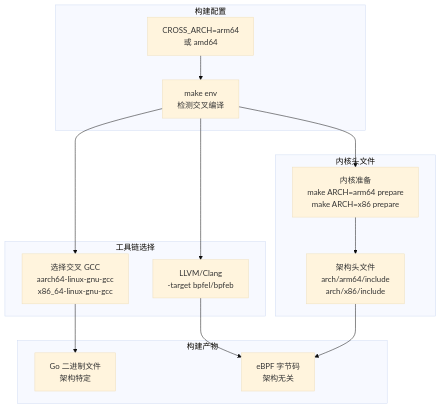
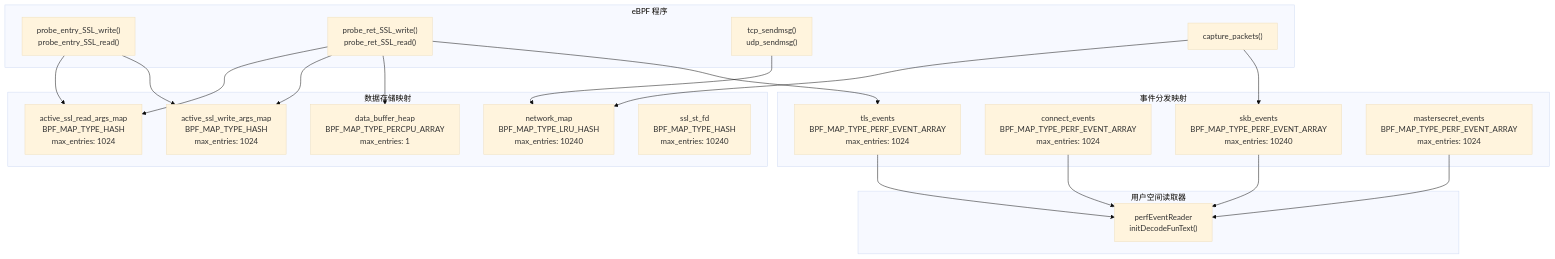
Before and after one commit to gojue/ecapture.cc: the eighth of 11 diagrams in src/zh/2-architecture/2.1-ebpf-engine.md, drawn with Mermaid (base theme). The commit also changed other lines of this file and 70 other files, not shown here.

Commit message:
feat: update sidebar and navigation links for architecture and shell command auditing sections

````diff
--- a/src/zh/2-architecture/2.1-ebpf-engine.md
+++ b/src/zh/2-architecture/2.1-ebpf-engine.md
@@ -673,32 +433,44 @@
 ```mermaid
 graph TB
-    subgraph "构建配置"
-        CROSS_VAR["CROSS_ARCH=arm64<br/>或 amd64"]
-        MAKE_ENV["make env<br/>检测交叉编译"]
+    subgraph "事件分发映射"
+        TlsEvents["tls_events<br/>BPF_MAP_TYPE_PERF_EVENT_ARRAY<br/>max_entries: 1024"]
+        ConnEvents["connect_events<br/>BPF_MAP_TYPE_PERF_EVENT_ARRAY<br/>max_entries: 1024"]
+        SkbEvents["skb_events<br/>BPF_MAP_TYPE_PERF_EVENT_ARRAY<br/>max_entries: 10240"]
+        MasterkeyEvents["mastersecret_events<br/>BPF_MAP_TYPE_PERF_EVENT_ARRAY<br/>max_entries: 1024"]
     end
     
-    subgraph "工具链选择"
-        GCC_SELECT["选择交叉 GCC<br/>aarch64-linux-gnu-gcc<br/>x86_64-linux-gnu-gcc"]
-        CLANG["LLVM/Clang<br/>-target bpfel/bpfeb"]
+    subgraph "数据存储映射"
+        ActiveSSLReadMap["active_ssl_read_args_map<br/>BPF_MAP_TYPE_HASH<br/>max_entries: 1024"]
+        ActiveSSLWriteMap["active_ssl_write_args_map<br/>BPF_MAP_TYPE_HASH<br/>max_entries: 1024"]
+        NetworkMap["network_map<br/>BPF_MAP_TYPE_LRU_HASH<br/>max_entries: 10240"]
+        DataBufferHeap["data_buffer_heap<br/>BPF_MAP_TYPE_PERCPU_ARRAY<br/>max_entries: 1"]
+        SslStFd["ssl_st_fd<br/>BPF_MAP_TYPE_HASH<br/>max_entries: 10240"]
     end
     
-    subgraph "内核头文件"
-        KERN_PREP["内核准备<br/>make ARCH=arm64 prepare<br/>make ARCH=x86 prepare"]
-        HEADERS["架构头文件<br/>arch/arm64/include<br/>arch/x86/include"]
+    subgraph "用户空间读取器"
+        PerfReader["perfEventReader<br/>initDecodeFunText()"]
     end
     
-    subgraph "构建产物"
-        EBPF["eBPF 字节码<br/>架构无关"]
-        BINARY["Go 二进制文件<br/>架构特定"]
+    subgraph "eBPF 程序"
+        ProbeEntrySSL["probe_entry_SSL_write()<br/>probe_entry_SSL_read()"]
+        ProbeRetSSL["probe_ret_SSL_write()<br/>probe_ret_SSL_read()"]
+        TcpSendmsg["tcp_sendmsg()<br/>udp_sendmsg()"]
+        CapturePackets["capture_packets()"]
     end
     
-    CROSS_VAR --> MAKE_ENV
-    MAKE_ENV --> GCC_SELECT
-    MAKE_ENV --> CLANG
-    MAKE_ENV --> KERN_PREP
+    ProbeEntrySSL --> ActiveSSLReadMap
+    ProbeEntrySSL --> ActiveSSLWriteMap
+    ProbeRetSSL --> ActiveSSLReadMap
+    ProbeRetSSL --> ActiveSSLWriteMap
+    ProbeRetSSL --> DataBufferHeap
+    ProbeRetSSL --> TlsEvents
     
-    KERN_PREP --> HEADERS
-    GCC_SELECT --> BINARY
-    CLANG --> EBPF
-    HEADERS --> EBPF
+    TcpSendmsg --> NetworkMap
+    CapturePackets --> NetworkMap
+    CapturePackets --> SkbEvents
+    
+    TlsEvents --> PerfReader
+    ConnEvents --> PerfReader
+    SkbEvents --> PerfReader
+    MasterkeyEvents --> PerfReader
 ```
````
